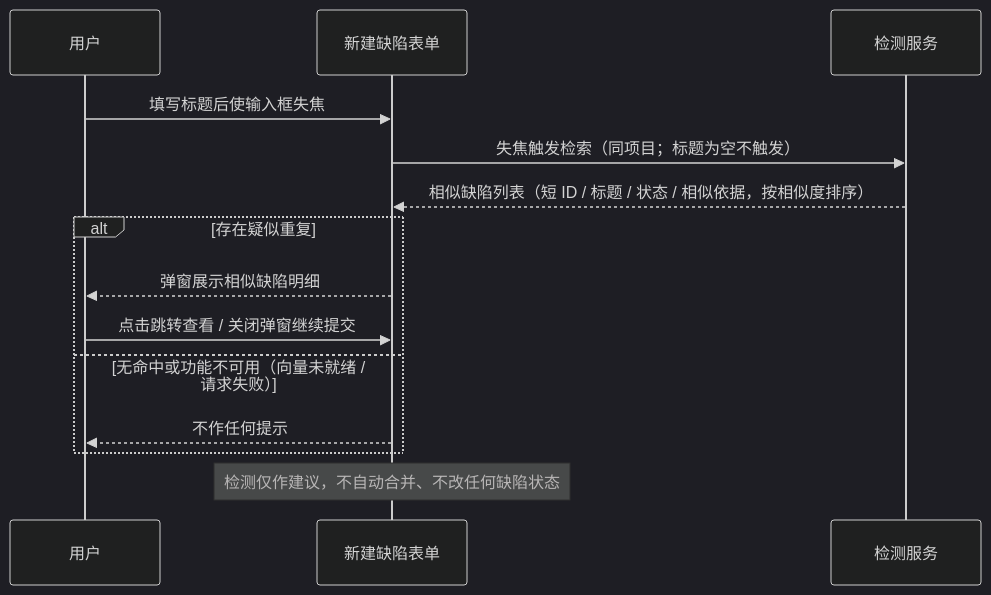
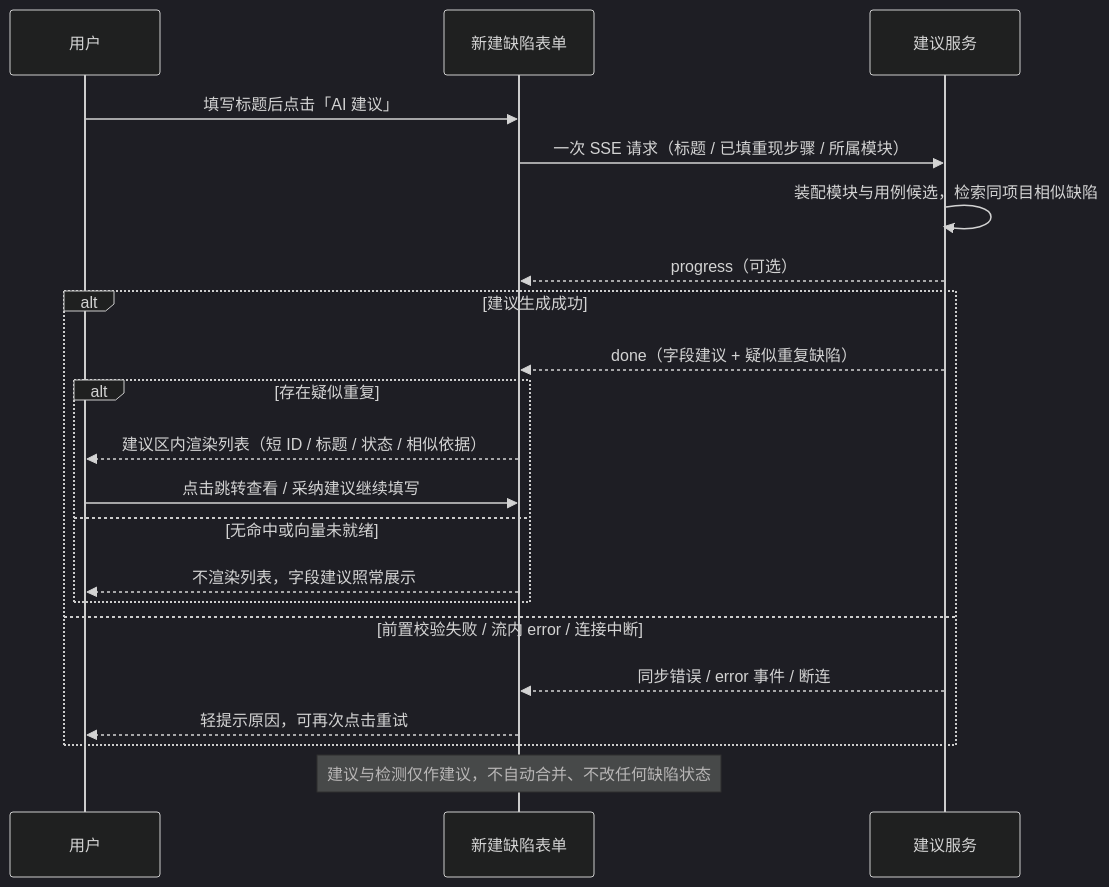
One commit to XiaoMiSum/robotest changed the diagram in docs/05-interaction-design/07-ai-capability/06-defect-analysis-ui.md. Above: the diagram before and after it, drawn with Mermaid (dark theme). The commit also changed other lines of this file and 8 other files, not shown here.

````diff
--- a/docs/05-interaction-design/07-ai-capability/06-defect-analysis-ui.md
+++ b/docs/05-interaction-design/07-ai-capability/06-defect-analysis-ui.md
@@ -33,16 +34,23 @@
 ```mermaid
 sequenceDiagram
   participant U as 用户
   participant F as 新建缺陷表单
-  participant D as 检测服务
-  U->>F: 填写标题后使输入框失焦
-  F->>D: 失焦触发检索（同项目；标题为空不触发）
-  D-->>F: 相似缺陷列表（短 ID / 标题 / 状态 / 相似依据，按相似度排序）
-  alt 存在疑似重复
-    F-->>U: 弹窗展示相似缺陷明细
-    U->>F: 点击跳转查看 / 关闭弹窗继续提交
-  else 无命中或功能不可用（向量未就绪 / 请求失败）
-    F-->>U: 不作任何提示
+  participant S as 建议服务
+  U->>F: 填写标题后点击「AI 建议」
+  F->>S: 一次 SSE 请求（标题 / 已填重现步骤 / 所属模块）
+  S->>S: 装配模块与用例候选，检索同项目相似缺陷
+  S-->>F: progress（可选）
+  alt 建议生成成功
+    S-->>F: done（字段建议 + 疑似重复缺陷）
+    alt 存在疑似重复
+      F-->>U: 建议区内渲染列表（短 ID / 标题 / 状态 / 相似依据）
+      U->>F: 点击跳转查看 / 采纳建议继续填写
+    else 无命中或向量未就绪
+      F-->>U: 不渲染列表，字段建议照常展示
+    end
+  else 前置校验失败 / 流内 error / 连接中断
+    S-->>F: 同步错误 / error 事件 / 断连
+    F-->>U: 轻提示原因，可再次点击重试
   end
-  Note over F: 检测仅作建议，不自动合并、不改任何缺陷状态
+  Note over F: 建议与检测仅作建议，不自动合并、不改任何缺陷状态
 ```
````
